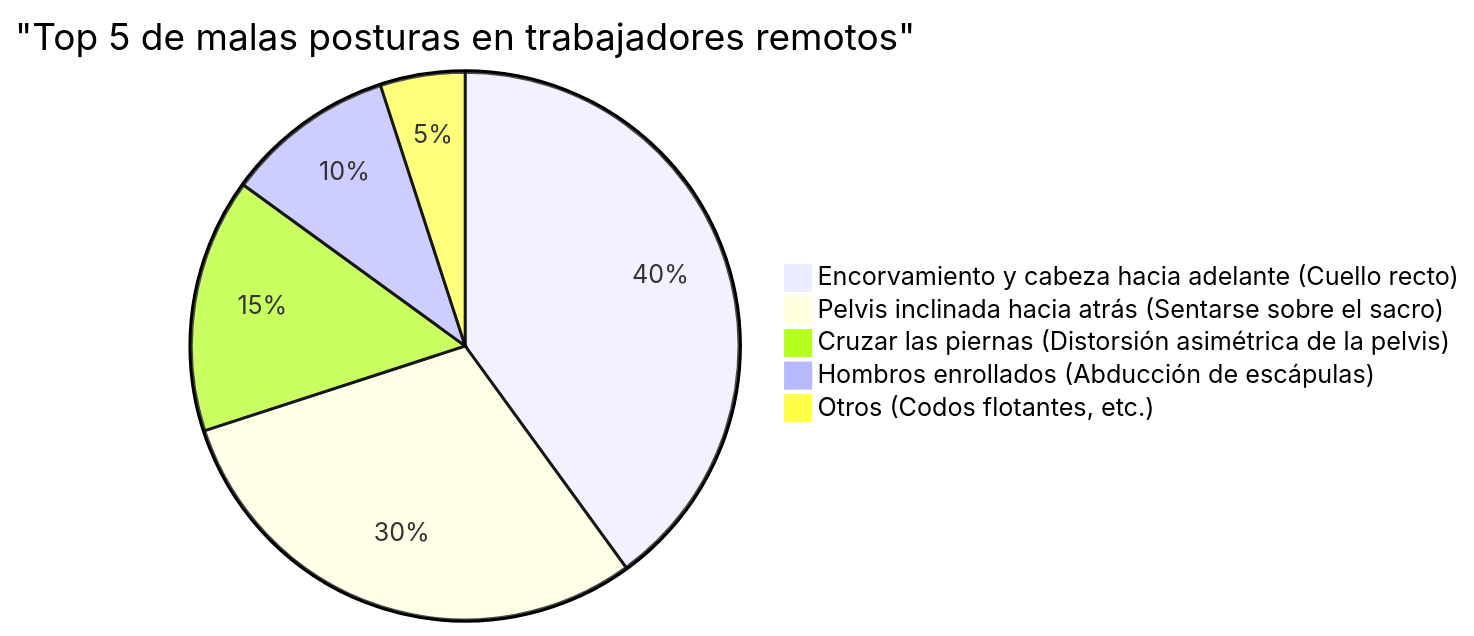
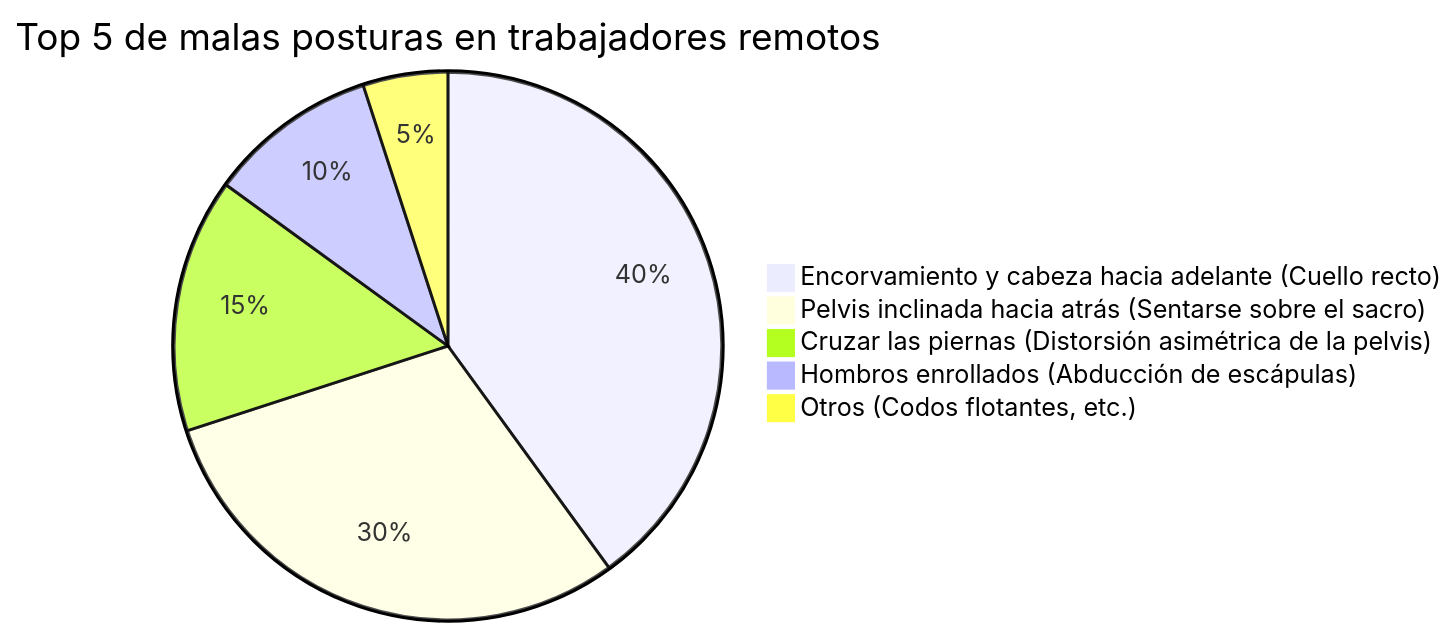
One commit to kenjinote/blog changed the second of 2 diagrams in content/post/ergonomic_chairs/index.es.md. Above: the diagram before and after it, drawn with Mermaid. The commit also changed other lines of this file and 703 other files, not shown here.

Commit message:
Fix: Remove quotes from Mermaid link texts and timeline definitions to support Mermaid 11.4.1

````diff
--- a/content/post/ergonomic_chairs/index.es.md
+++ b/content/post/ergonomic_chairs/index.es.md
@@ -135,8 +135,8 @@
 ```mermaid
-pie title "Top 5 de malas posturas en trabajadores remotos"
+pie title Top 5 de malas posturas en trabajadores remotos
     "Encorvamiento y cabeza hacia adelante (Cuello recto)" : 40
     "Pelvis inclinada hacia atrás (Sentarse sobre el sacro)" : 30
     "Cruzar las piernas (Distorsión asimétrica de la pelvis)" : 15
     "Hombros enrollados (Abducción de escápulas)" : 10
     "Otros (Codos flotantes, etc.)" : 5
 ```
````
